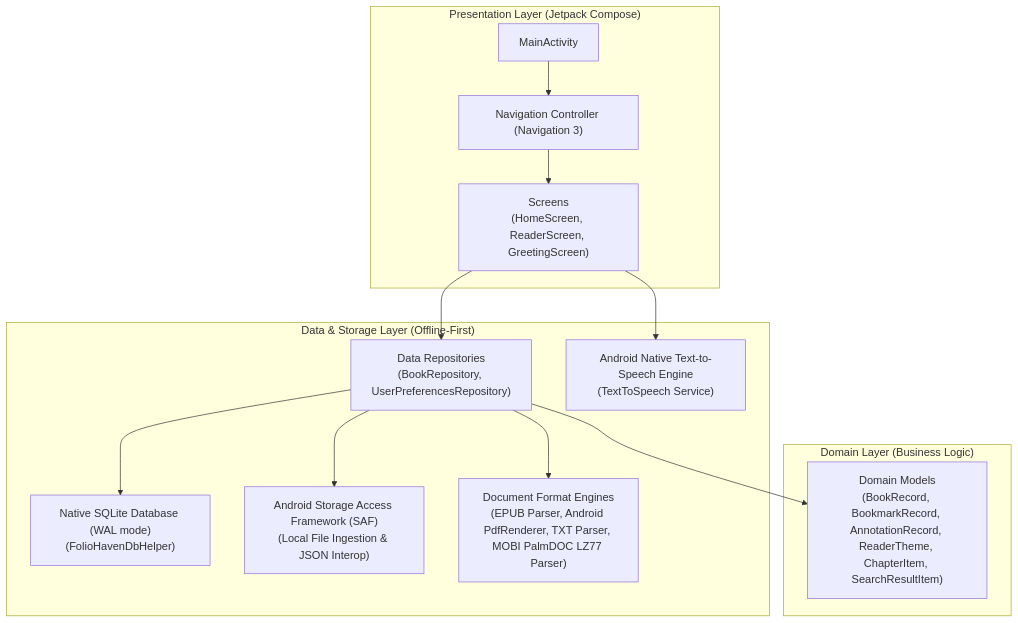
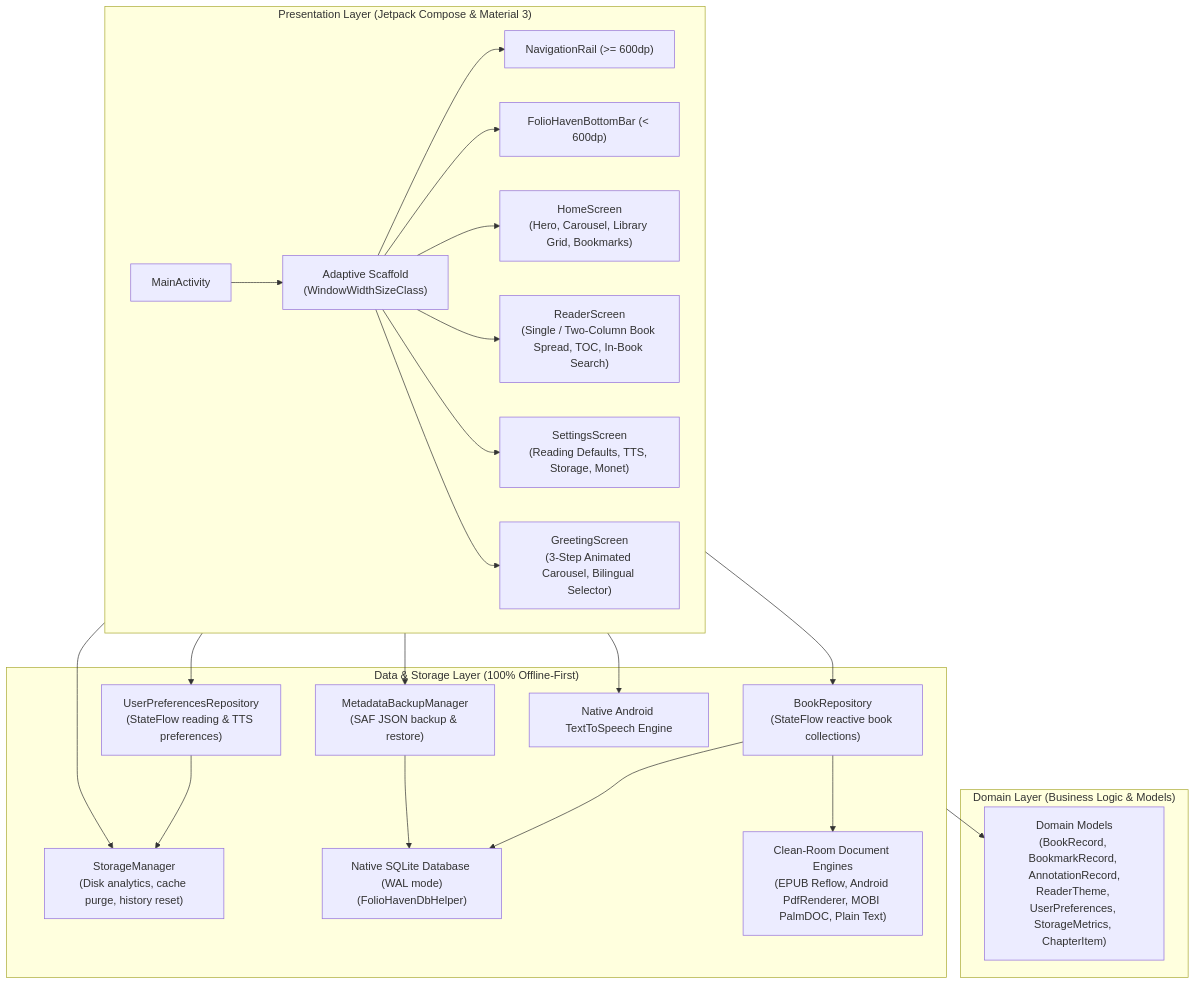
One commit to FeurisPT2/foliohaven-mobile changed the diagram in docs/ARCHITECTURE.md. Above: the diagram before and after it, drawn with Mermaid. The commit also changed other lines of this file and 6 other files, not shown here.

Commit message:
docs: update architecture, roadmap, design tokens, and README to reflect v1.0.0 features

````diff
--- a/docs/ARCHITECTURE.md
+++ b/docs/ARCHITECTURE.md
@@ -9,29 +9,48 @@
 ```mermaid
 flowchart TD
-    subgraph UI ["Presentation Layer (Jetpack Compose)"]
+    subgraph UI ["Presentation Layer (Jetpack Compose & Material 3)"]
         Activity["MainActivity"]
-        Nav["Navigation Controller (Navigation 3)"]
-        Screens["Screens<br/>(HomeScreen, ReaderScreen, GreetingScreen)"]
-        Activity --> Nav --> Screens
+        AdaptiveScaffold["Adaptive Scaffold<br/>(WindowWidthSizeClass)"]
+        NavRail["NavigationRail (>= 600dp)"]
+        BottomBar["FolioHavenBottomBar (< 600dp)"]
+        
+        HomeScreen["HomeScreen<br/>(Hero, Carousel, Library Grid, Bookmarks)"]
+        ReaderScreen["ReaderScreen<br/>(Single / Two-Column Book Spread, TOC, In-Book Search)"]
+        SettingsScreen["SettingsScreen<br/>(Reading Defaults, TTS, Storage, Monet)"]
+        GreetingScreen["GreetingScreen<br/>(3-Step Animated Carousel, Bilingual Selector)"]
+        
+        Activity --> AdaptiveScaffold
+        AdaptiveScaffold --> NavRail
+        AdaptiveScaffold --> BottomBar
+        AdaptiveScaffold --> HomeScreen
+        AdaptiveScaffold --> ReaderScreen
+        AdaptiveScaffold --> SettingsScreen
+        AdaptiveScaffold --> GreetingScreen
     end
 
-    subgraph Domain ["Domain Layer (Business Logic)"]
-        Models["Domain Models<br/>(BookRecord, BookmarkRecord, AnnotationRecord, ReaderTheme, ChapterItem, SearchResultItem)"]
+    subgraph Domain ["Domain Layer (Business Logic & Models)"]
+        Models["Domain Models<br/>(BookRecord, BookmarkRecord, AnnotationRecord,<br/>ReaderTheme, UserPreferences, StorageMetrics, ChapterItem)"]
     end
 
-    subgraph Data ["Data & Storage Layer (Offline-First)"]
-        Repo["Data Repositories<br/>(BookRepository, UserPreferencesRepository)"]
-        Db["Native SQLite Database (WAL mode)<br/>(FolioHavenDbHelper)"]
-        SAF["Android Storage Access Framework (SAF)<br/>(Local File Ingestion & JSON Interop)"]
-        Parsers["Document Format Engines<br/>(EPUB Parser, Android PdfRenderer, TXT Parser, MOBI PalmDOC LZ77 Parser)"]
-        TTS["Android Native Text-to-Speech Engine<br/>(TextToSpeech Service)"]
+    subgraph Data ["Data & Storage Layer (100% Offline-First)"]
+        BookRepo["BookRepository<br/>(StateFlow reactive book collections)"]
+        PrefsRepo["UserPreferencesRepository<br/>(StateFlow reading & TTS preferences)"]
+        StorageMgr["StorageManager<br/>(Disk analytics, cache purge, history reset)"]
+        BackupMgr["MetadataBackupManager<br/>(SAF JSON backup & restore)"]
+        DbHelper["Native SQLite Database (WAL mode)<br/>(FolioHavenDbHelper)"]
+        DocEngines["Clean-Room Document Engines<br/>(EPUB Reflow, Android PdfRenderer, MOBI PalmDOC, Plain Text)"]
+        TTSEngine["Native Android TextToSpeech Engine"]
         
-        Repo --> Db
-        Repo --> SAF
-        Repo --> Parsers
+        BookRepo --> DbHelper
+        BookRepo --> DocEngines
+        PrefsRepo --> StorageMgr
+        BackupMgr --> DbHelper
     end
 
-    Screens --> Repo
-    Screens --> TTS
-    Repo --> Models
+    UI --> BookRepo
+    UI --> PrefsRepo
+    UI --> StorageMgr
+    UI --> BackupMgr
+    UI --> TTSEngine
+    Data --> Models
 ```
````
